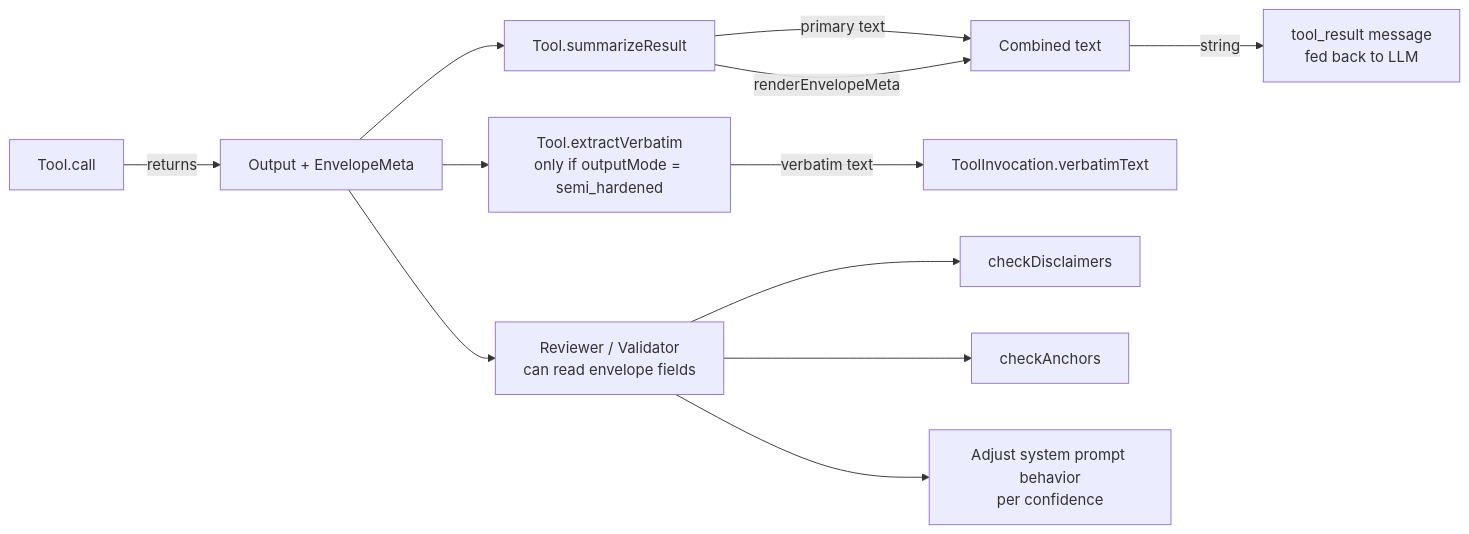
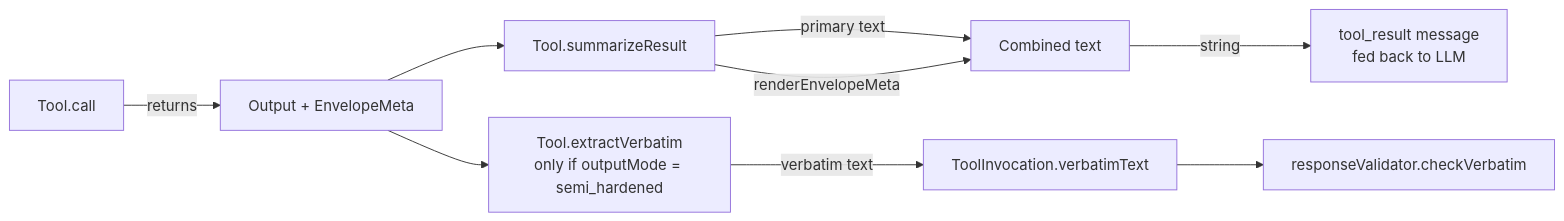
The second of 2 diagrams in Docs/current-system/engine/tool-envelope.md (EdoardoMongardi/NYU_Path), drawn with Mermaid before and after one commit. The commit also changed other lines of this file and 73 other files, not shown here.

````diff
--- a/Docs/current-system/engine/tool-envelope.md
+++ b/Docs/current-system/engine/tool-envelope.md
@@ -153,16 +167,12 @@
 ```mermaid
 flowchart LR
     TOOL[Tool.call] -->|returns| OUT[Output + EnvelopeMeta]
     OUT --> SUMM[Tool.summarizeResult]
     SUMM -->|primary text| BUF[Combined text]
     SUMM -->|renderEnvelopeMeta| BUF
     BUF -->|string| MSG[tool_result message<br/>fed back to LLM]
-    
+
     OUT --> VERB[Tool.extractVerbatim<br/>only if outputMode = semi_hardened]
     VERB -->|verbatim text| INV[ToolInvocation.verbatimText]
-    
-    OUT --> EXTRACT[Reviewer / Validator<br/>can read envelope fields]
-    EXTRACT --> DISC[checkDisclaimers]
-    EXTRACT --> ANCH[checkAnchors]
-    EXTRACT --> CONF[Adjust system prompt behavior<br/>per confidence]
+    INV --> CHK[responseValidator.checkVerbatim]
 ```
````
